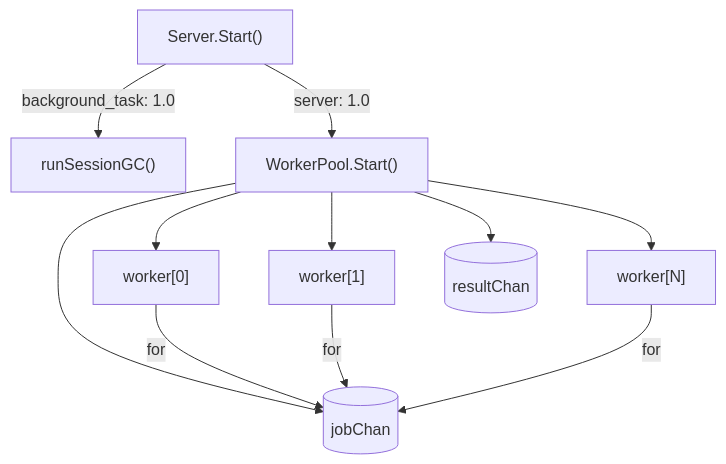
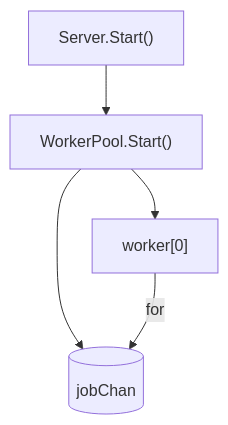
The third of 3 diagrams in docs/refactoring/proposals/16-go-architecture-atlas.md (yaleh/archguard), drawn with Mermaid before and after one commit. The commit also changed other lines of this file and 2 other files, not shown here.

First line of the commit message:
docs(go-atlas): update proposal to v4.0 with architectural refinements

````diff
--- a/docs/refactoring/proposals/16-go-architecture-atlas.md
+++ b/docs/refactoring/proposals/16-go-architecture-atlas.md
@@ -1624,30 +1667,12 @@
 ```mermaid
 graph TD
     ServerStart["Server.Start()"]
-    runSessionGC["runSessionGC()"]
     WorkerPoolStart["WorkerPool.Start()"]
     jobChan[("jobChan")]
-    worker_1["worker[0]"]
-    worker_2["worker[1]"]
-    worker_N["worker[N]"]
-    resultChan[("resultChan")]
+    worker["worker[0]"]
 
-    ServerStart -->|background_task: 1.0| runSessionGC
-    ServerStart -->|server: 1.0| WorkerPoolStart
-
+    ServerStart --> WorkerPoolStart
     WorkerPoolStart --> jobChan
-    WorkerPoolStart --> worker_1
-    WorkerPoolStart --> worker_2
-    WorkerPoolStart --> worker_N
-
-    worker_1 -->|for| jobChan
-    worker_2 -->|for| jobChan
-    worker_N -->|for| jobChan
-
-    WorkerPoolStart --> resultChan
-
-    %% Patterns detected:
-    %% • background_task: 2 goroutines
-    %% • worker_pool: 1 pool
-    %% • producer_consumer: 1 channel
+    WorkerPoolStart --> worker
+    worker -->|for| jobChan
 ```
````
